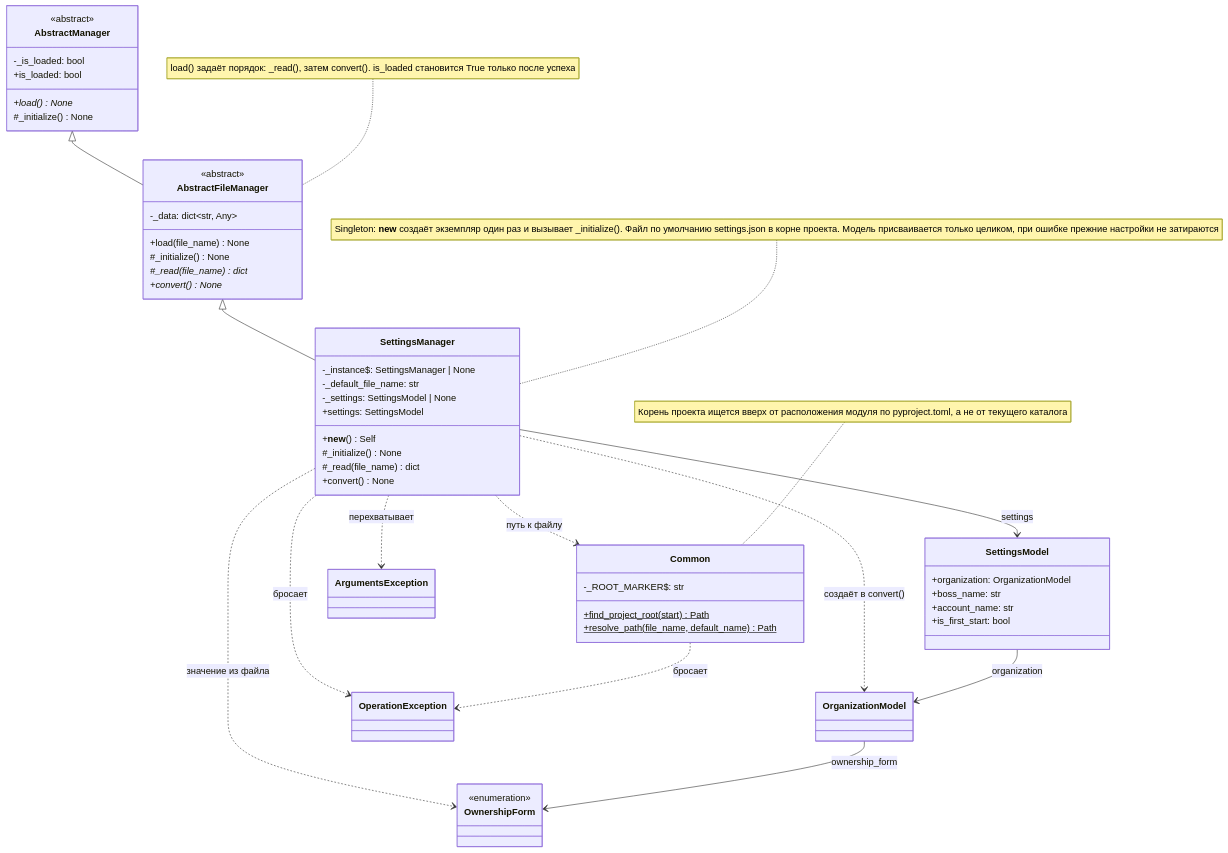
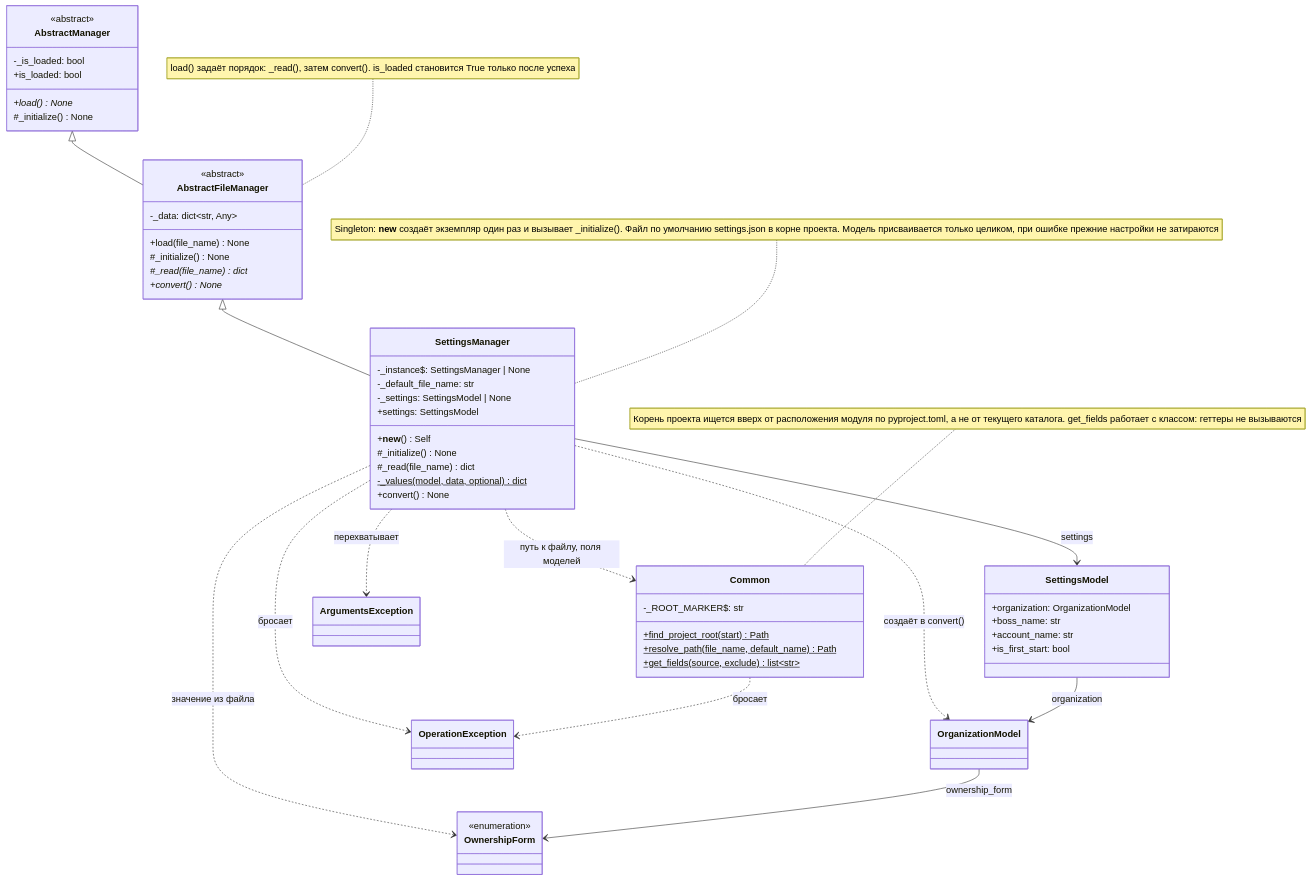
The third of 4 diagrams in Docs/ClassDiagram.md (asutenshi/design-patterns), drawn with Mermaid before and after one commit. The commit also changed 3 other files, not shown here.

Commit message:
feat: add method for reading all class properties and change load logic in settings_manager

````diff
--- a/Docs/ClassDiagram.md
+++ b/Docs/ClassDiagram.md
@@ -168,70 +168,72 @@
 ```mermaid
 classDiagram
     direction TB
 
     class AbstractManager {
         <<abstract>>
         -_is_loaded: bool
         +is_loaded: bool
         +load()* None
         #_initialize() None
     }
 
     class AbstractFileManager {
         <<abstract>>
         -_data: dict~str, Any~
         +load(file_name) None
         #_initialize() None
         #_read(file_name)* dict
         +convert()* None
     }
 
     note for AbstractFileManager "load() задаёт порядок: _read(), затем convert(). is_loaded становится True только после успеха"
 
     class Common {
         -_ROOT_MARKER$: str
         +find_project_root(start)$ Path
         +resolve_path(file_name, default_name)$ Path
+        +get_fields(source, exclude)$ list~str~
     }
 
-    note for Common "Корень проекта ищется вверх от расположения модуля по pyproject.toml, а не от текущего каталога"
+    note for Common "Корень проекта ищется вверх от расположения модуля по pyproject.toml, а не от текущего каталога. get_fields работает с классом: геттеры не вызываются"
 
     class SettingsManager {
         -_instance$: SettingsManager | None
         -_default_file_name: str
         -_settings: SettingsModel | None
         +settings: SettingsModel
         +__new__() Self
         #_initialize() None
         #_read(file_name) dict
+        -_values(model, data, optional)$ dict
         +convert() None
     }
 
     note for SettingsManager "Singleton: __new__ создаёт экземпляр один раз и вызывает _initialize(). Файл по умолчанию settings.json в корне проекта. Модель присваивается только целиком, при ошибке прежние настройки не затираются"
 
     class SettingsModel {
         +organization: OrganizationModel
         +boss_name: str
         +account_name: str
         +is_first_start: bool
     }
 
     class OrganizationModel
     class OwnershipForm {
         <<enumeration>>
     }
     class ArgumentsException
     class OperationException
 
     AbstractManager <|-- AbstractFileManager
     AbstractFileManager <|-- SettingsManager
     SettingsManager --> SettingsModel : settings
     SettingsModel --> OrganizationModel : organization
     OrganizationModel --> OwnershipForm : ownership_form
-    SettingsManager ..> Common : путь к файлу
+    SettingsManager ..> Common : путь к файлу, поля моделей
     Common ..> OperationException : бросает
     SettingsManager ..> OrganizationModel : создаёт в convert()
     SettingsManager ..> OwnershipForm : значение из файла
     SettingsManager ..> ArgumentsException : перехватывает
     SettingsManager ..> OperationException : бросает
 ```
````
